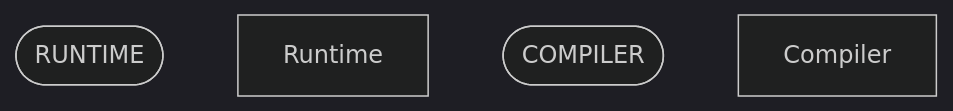
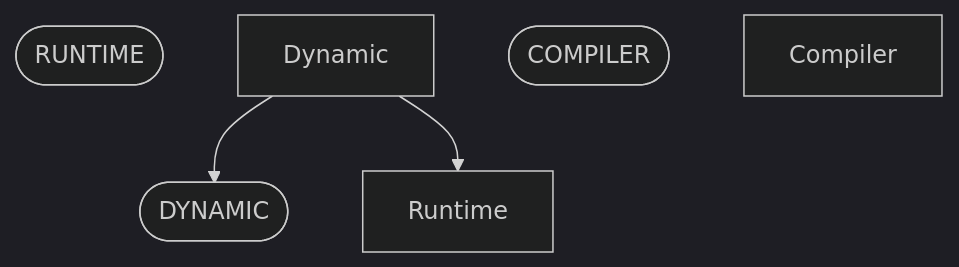
One commit to ruudkoot/rune changed the ninth of 9 diagrams in docs/generated/basis/depends.md. Above: the diagram before and after it, drawn with Mermaid (dark theme). The commit also changed other lines of this file and 42 other files, not shown here.

````diff
--- a/docs/generated/basis/depends.md
+++ b/docs/generated/basis/depends.md
@@ -429,7 +429,11 @@
 ```mermaid
 flowchart TD
   n85(["RUNTIME"])
   n86["Runtime"]
-  n87(["COMPILER"])
-  n88["Compiler"]
+  n87(["DYNAMIC"])
+  n88["Dynamic"]
+  n89(["COMPILER"])
+  n90["Compiler"]
+  n88 --> n87
+  n88 --> n86
 ```
````
